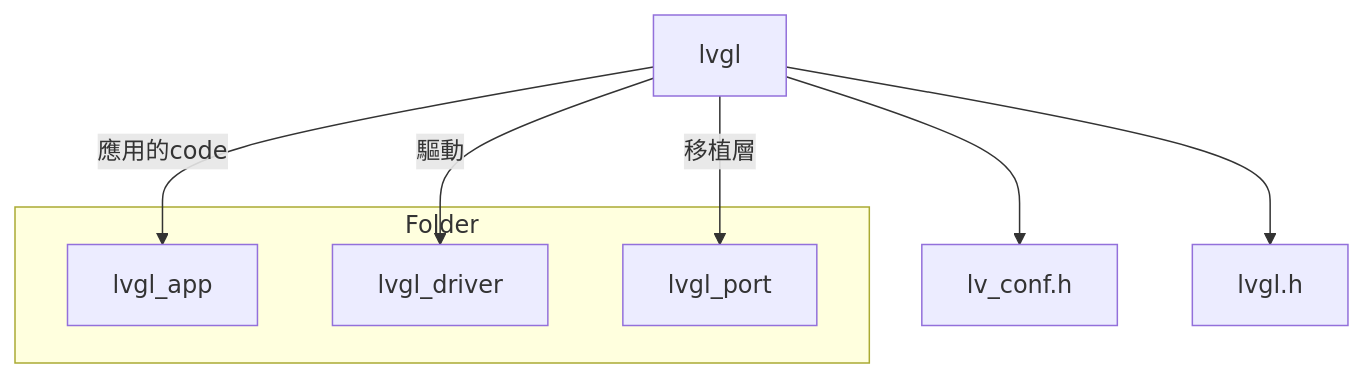
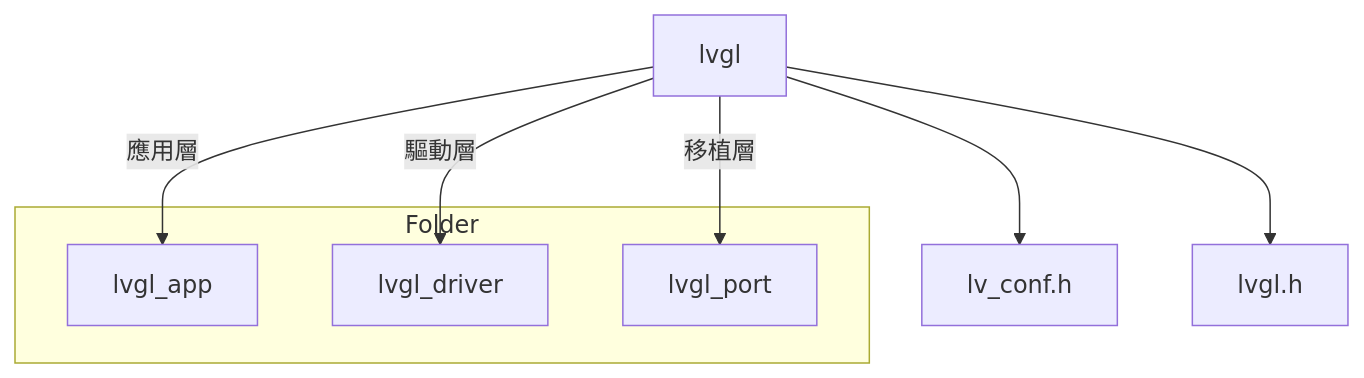
The diagram in README.md (405250553/nrf52_lvgl_porting), drawn with Mermaid before and after one commit.

````diff
--- a/README.md
+++ b/README.md
@@ -13,14 +13,14 @@
 ```mermaid
 graph TD;
      lvgl
      subgraph Folder
      lvgl_app
      lvgl_driver
      lvgl_port
      end
-     lvgl --> |應用的code|lvgl_app
-     lvgl --> |驅動|lvgl_driver
+     lvgl --> |應用層|lvgl_app
+     lvgl --> |驅動層|lvgl_driver
      lvgl --> |移植層|lvgl_port
      lvgl --> lv_conf.h
      lvgl --> lvgl.h
 ```
````
